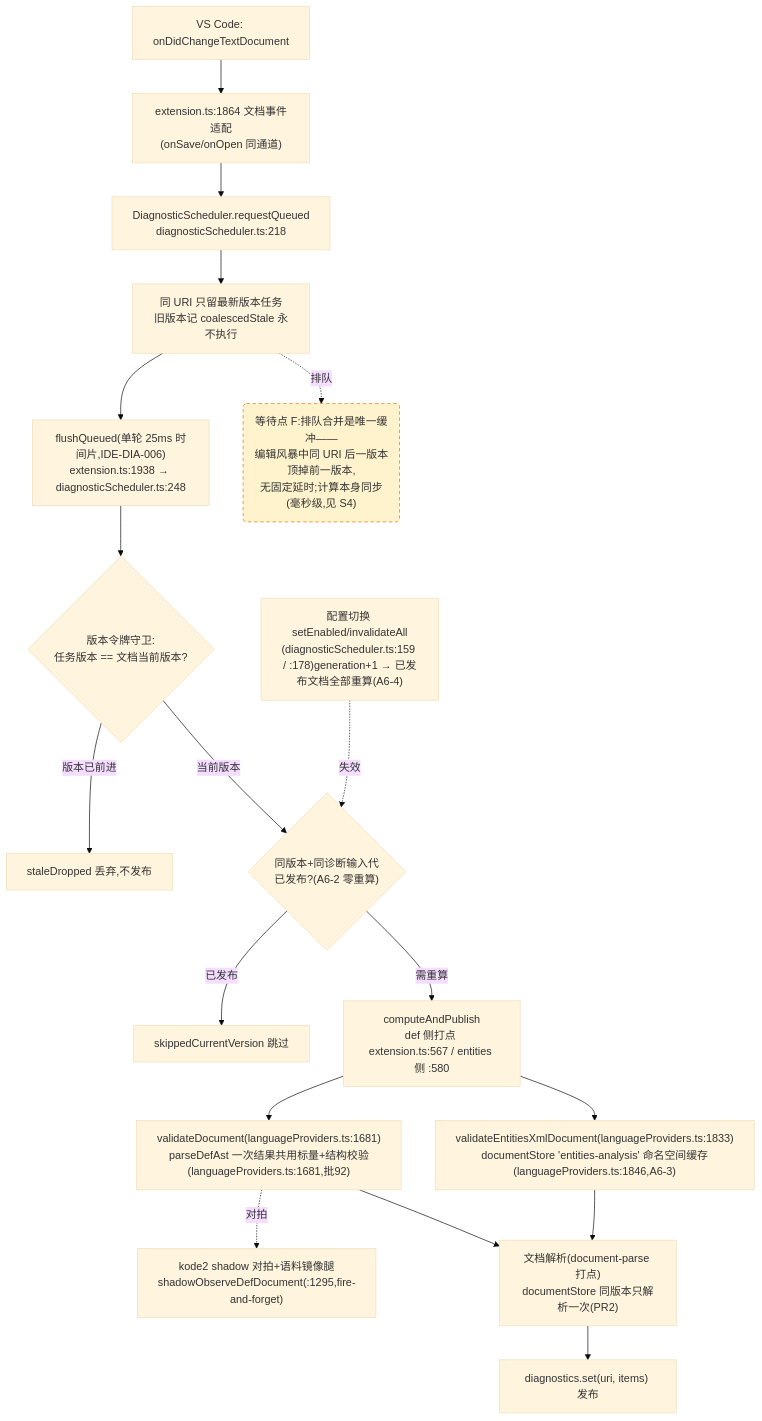
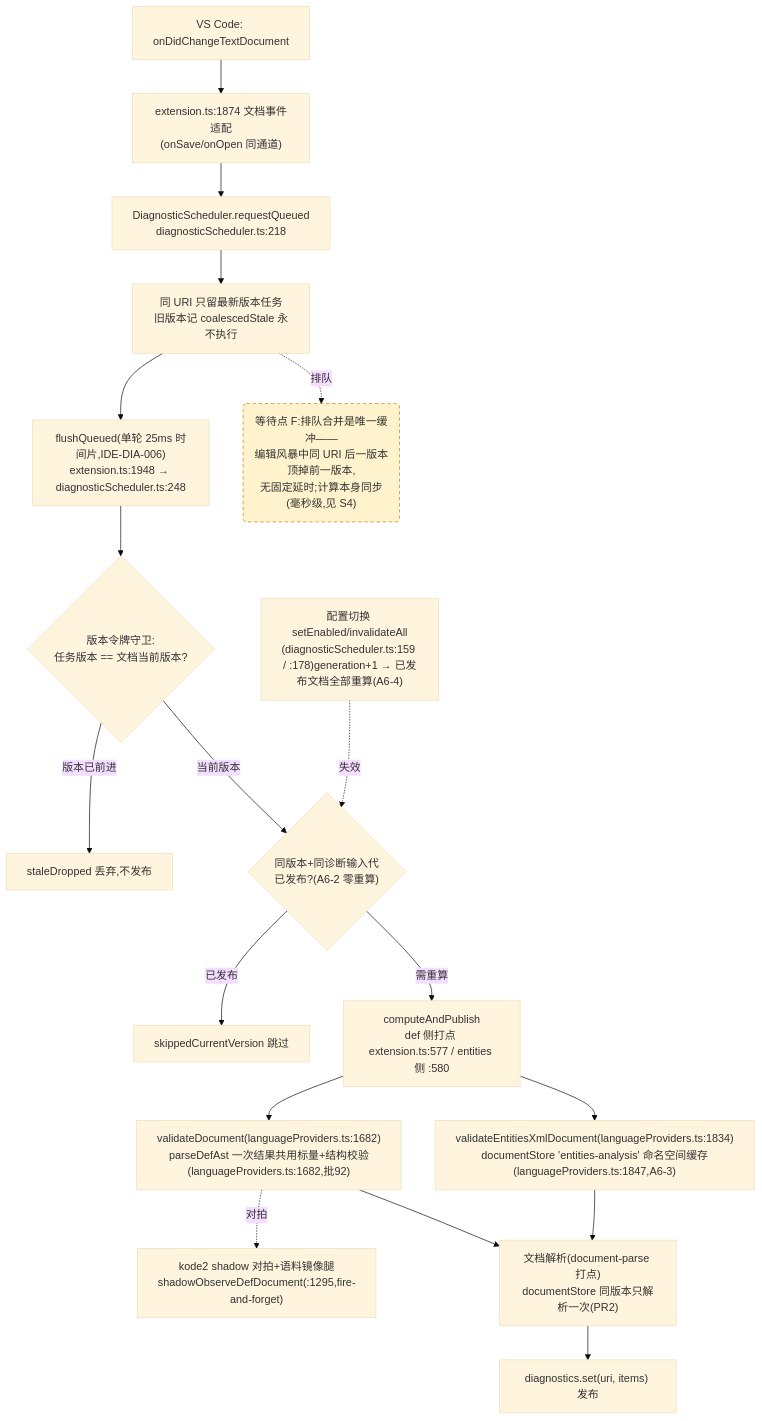
The fourth of 4 diagrams in docs/perf/2026-baseline.md (cuihairu/kode), drawn with Mermaid (base theme) before and after one commit. The commit also changed other lines of this file and 10 other files, not shown here.

````diff
--- a/docs/perf/2026-baseline.md
+++ b/docs/perf/2026-baseline.md
@@ -214,38 +214,38 @@
 ```mermaid
 flowchart TD
   CHG["VS Code: onDidChangeTextDocument"]
-  WATCH["extension.ts:1864 文档事件适配<br/>(onSave/onOpen 同通道)"]
+  WATCH["extension.ts:1874 文档事件适配<br/>(onSave/onOpen 同通道)"]
   RQ["DiagnosticScheduler.requestQueued<br/>diagnosticScheduler.ts:218"]
   CO["同 URI 只留最新版本任务<br/>旧版本记 coalescedStale 永不执行"]
-  FL["flushQueued(单轮 25ms 时间片,IDE-DIA-006)<br/>extension.ts:1938 → diagnosticScheduler.ts:248"]
+  FL["flushQueued(单轮 25ms 时间片,IDE-DIA-006)<br/>extension.ts:1948 → diagnosticScheduler.ts:248"]
   VG{"版本令牌守卫:<br/>任务版本 == 文档当前版本?"}
   DROP["staleDropped 丢弃,不发布"]
   GEN{"同版本+同诊断输入代<br/>已发布?(A6-2 零重算)"}
   SKIP["skippedCurrentVersion 跳过"]
-  CALC["computeAndPublish<br/>def 侧打点 extension.ts:567 / entities 侧 :580"]
-  VD["validateDocument(languageProviders.ts:1681)<br/>parseDefAst 一次结果共用标量+结构校验(languageProviders.ts:1681,批92)"]
-  VEX["validateEntitiesXmlDocument(languageProviders.ts:1833)<br/>documentStore 'entities-analysis' 命名空间缓存(languageProviders.ts:1846,A6-3)"]
+  CALC["computeAndPublish<br/>def 侧打点 extension.ts:577 / entities 侧 :580"]
+  VD["validateDocument(languageProviders.ts:1682)<br/>parseDefAst 一次结果共用标量+结构校验(languageProviders.ts:1682,批92)"]
+  VEX["validateEntitiesXmlDocument(languageProviders.ts:1834)<br/>documentStore 'entities-analysis' 命名空间缓存(languageProviders.ts:1847,A6-3)"]
   SHDD["kode2 shadow 对拍+语料镜像腿<br/>shadowObserveDefDocument(:1295,fire-and-forget)"]
   DS["文档解析(document-parse 打点)<br/>documentStore 同版本只解析一次(PR2)"]
   PUB["diagnostics.set(uri, items) 发布"]
   CFG2["配置切换 setEnabled/invalidateAll<br/>(diagnosticScheduler.ts:159 / :178)generation+1 → 已发布文档全部重算(A6-4)"]
 
   CHG --> WATCH --> RQ --> CO --> FL --> VG
   VG -- "版本已前进" --> DROP
   VG -- "当前版本" --> GEN
   GEN -- "已发布" --> SKIP
   GEN -- "需重算" --> CALC
   CALC --> VD
   CALC --> VEX
   VD --> DS
   VEX --> DS
   DS --> PUB
   VD -.->|对拍| SHDD
   CFG2 -.->|失效| GEN
 
   WAITF("等待点 F:排队合并是唯一缓冲——<br/>编辑风暴中同 URI 后一版本顶掉前一版本,<br/>无固定延时;计算本身同步(毫秒级,见 S4)")
   CO -.->|排队| WAITF
 
   classDef waitPoint fill:#fff3cd,stroke:#d97706,stroke-dasharray:5 4;
   class WAITF waitPoint;
 ```
````
